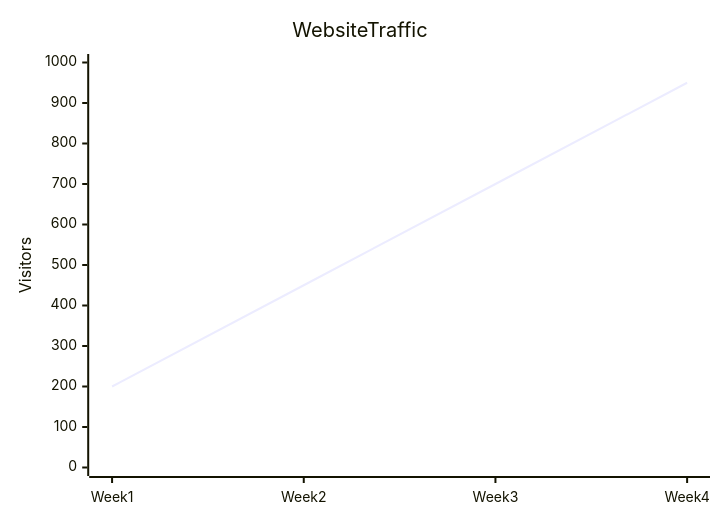
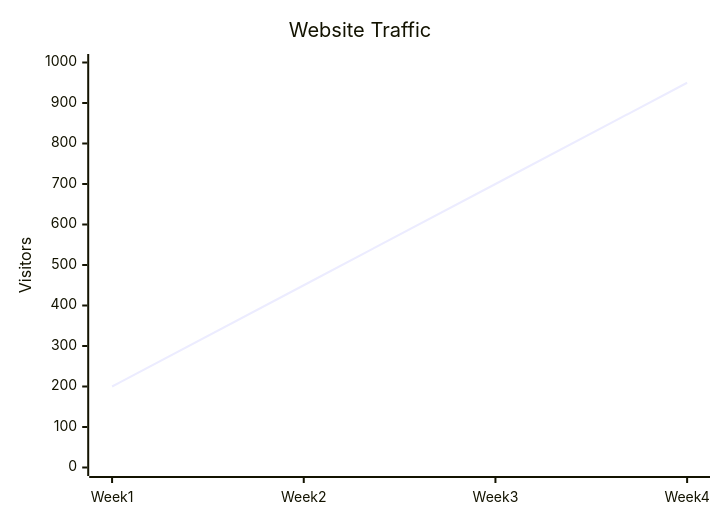
One commit to BitYoungjae/marketplace changed the sixth of 23 diagrams in plugins/obsidian-blocks/skills/mermaid-diagramming/xychart.md. Above: the diagram before and after it, drawn with Mermaid. The commit also changed other lines of this file and 14 other files, not shown here.

First line of the commit message:
feat(obsidian-blocks): add Session 3 Mermaid diagrams

````diff
--- a/plugins/obsidian-blocks/skills/mermaid-diagramming/xychart.md
+++ b/plugins/obsidian-blocks/skills/mermaid-diagramming/xychart.md
@@ -94,7 +98,7 @@
 ```mermaid
 xychart-beta
-    title Website Traffic
+    title "Website Traffic"
     x-axis [Week 1, Week 2, Week 3, Week 4]
     y-axis "Visitors" 0 --> 1000
     line [200, 450, 700, 950]
 ```
````
